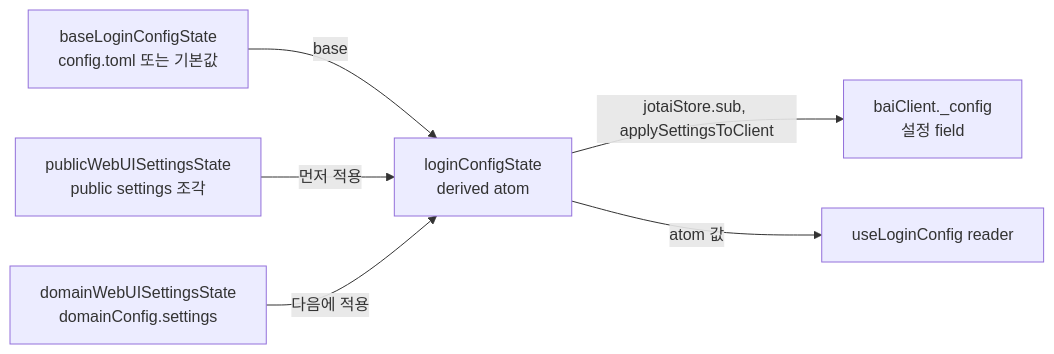
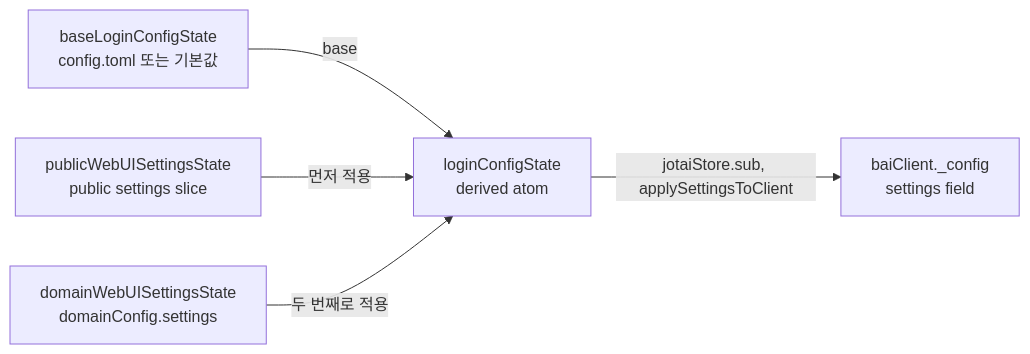
One commit to lablup/backend.ai-webui changed the second of 2 diagrams in docs/adr/0033-scoped-and-merged-app-config-hooks.ko.md. Above: the diagram before and after it, drawn with Mermaid. The commit also changed other lines of this file and 5 other files, not shown here.

First line of the commit message:
docs(#11146): rewrite ADR 0033 for the sign-in app config atom

````diff
--- a/docs/adr/0033-scoped-and-merged-app-config-hooks.ko.md
+++ b/docs/adr/0033-scoped-and-merged-app-config-hooks.ko.md
@@ -49,14 +43,12 @@
 ```mermaid
 flowchart LR
   base["baseLoginConfigState<br/>config.toml 또는 기본값"]
-  pub["publicWebUISettingsState<br/>public settings 조각"]
+  pub["publicWebUISettingsState<br/>public settings slice"]
   dom["domainWebUISettingsState<br/>domainConfig.settings"]
   eff["loginConfigState<br/>derived atom"]
-  client["baiClient._config<br/>설정 field"]
-  readers["useLoginConfig reader"]
+  client["baiClient._config<br/>settings field"]
   base -- "base" --> eff
   pub -- "먼저 적용" --> eff
-  dom -- "다음에 적용" --> eff
+  dom -- "두 번째로 적용" --> eff
   eff -- "jotaiStore.sub, applySettingsToClient" --> client
-  eff -- "atom 값" --> readers
 ```
````
